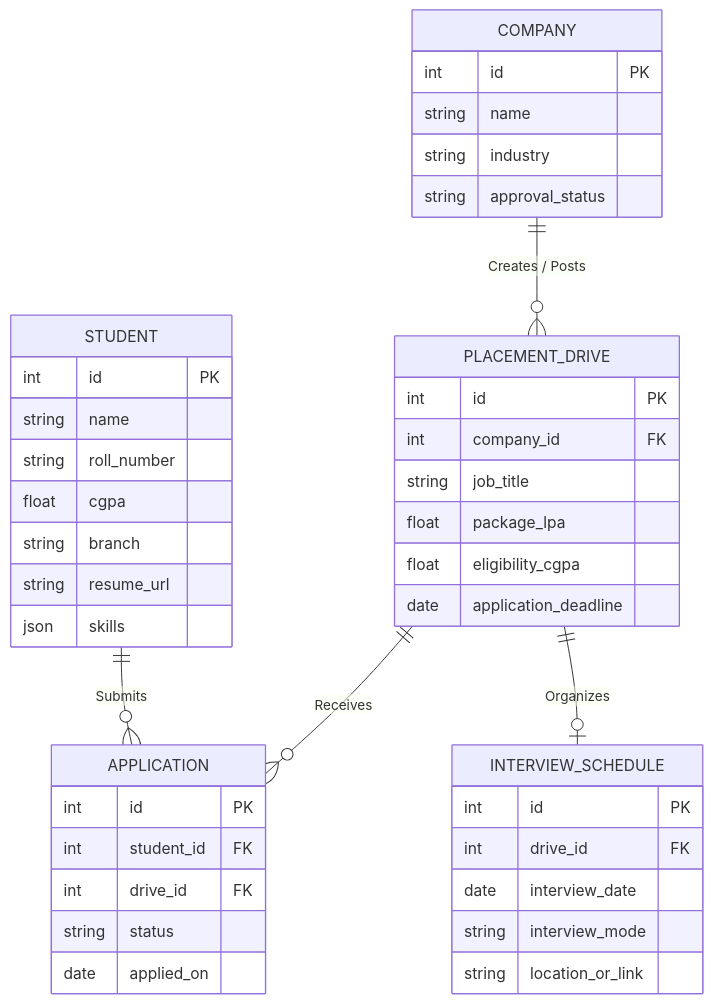
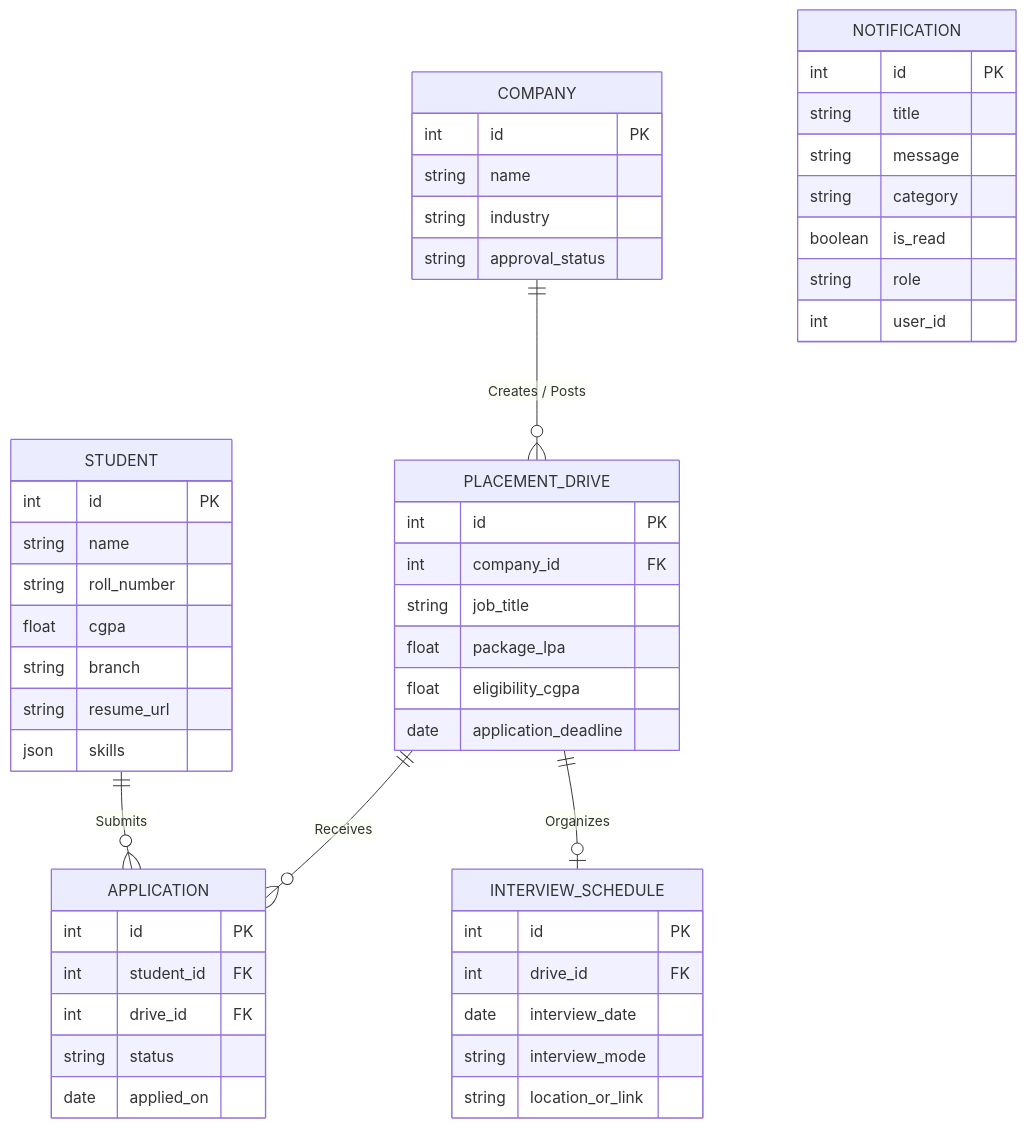
The second of 2 diagrams in README.md (VIJAYAPANDIANT/placement-portal-application), drawn with Mermaid before and after one commit. The commit also changed other lines of this file, not shown here.

Commit message:
docs: Update README.md with notification system and SMTP debug guidelines

````diff
--- a/README.md
+++ b/README.md
@@ -64,45 +66,54 @@
 ```mermaid
 erDiagram
     COMPANY ||--o{ PLACEMENT_DRIVE : "Creates / Posts"
     PLACEMENT_DRIVE ||--o{ APPLICATION : "Receives"
     PLACEMENT_DRIVE ||--o| INTERVIEW_SCHEDULE : "Organizes"
     STUDENT ||--o{ APPLICATION : "Submits"
 
     STUDENT {
         int id PK
         string name
         string roll_number
         float cgpa
         string branch
         string resume_url
         json skills
     }
     COMPANY {
         int id PK
         string name
         string industry
         string approval_status
     }
     PLACEMENT_DRIVE {
         int id PK
         int company_id FK
         string job_title
         float package_lpa
         float eligibility_cgpa
         date application_deadline
     }
     APPLICATION {
         int id PK
         int student_id FK
         int drive_id FK
         string status
         date applied_on
     }
     INTERVIEW_SCHEDULE {
         int id PK
         int drive_id FK
         date interview_date
         string interview_mode
         string location_or_link
     }
+    NOTIFICATION {
+        int id PK
+        string title
+        string message
+        string category
+        boolean is_read
+        string role
+        int user_id
+    }
 ```
````
